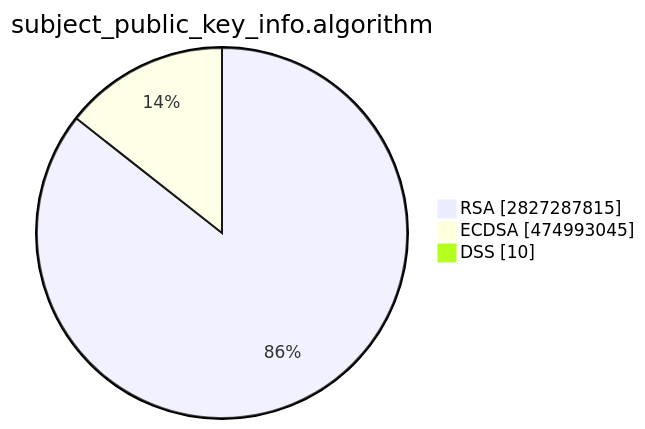
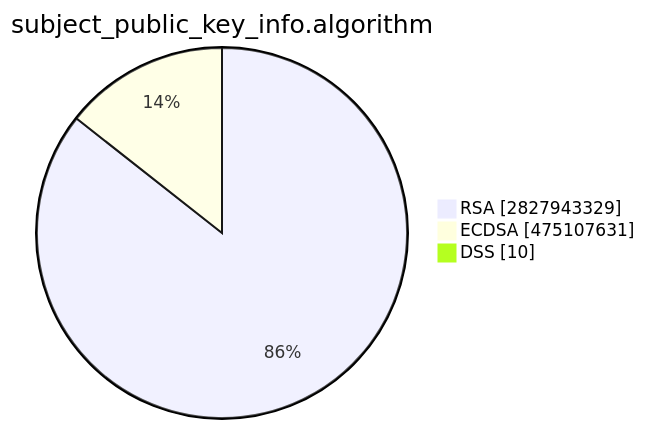
One commit to christiankrug/ctmonitor_visualization changed the second of 15 diagrams in TOTAL/README.md. Above: the diagram before and after it, drawn with Mermaid. The commit also changed other lines of this file, not shown here.

````diff
--- a/TOTAL/README.md
+++ b/TOTAL/README.md
@@ -6,7 +6,7 @@
 ```mermaid
 pie showData
 title subject_public_key_info.algorithm
-"RSA" :2827287815
-"ECDSA" :474993045
+"RSA" :2827943329
+"ECDSA" :475107631
 "DSS" :10
 ```
````
